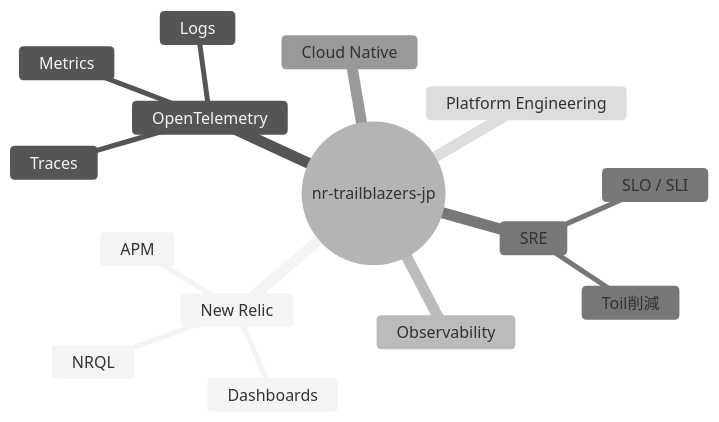
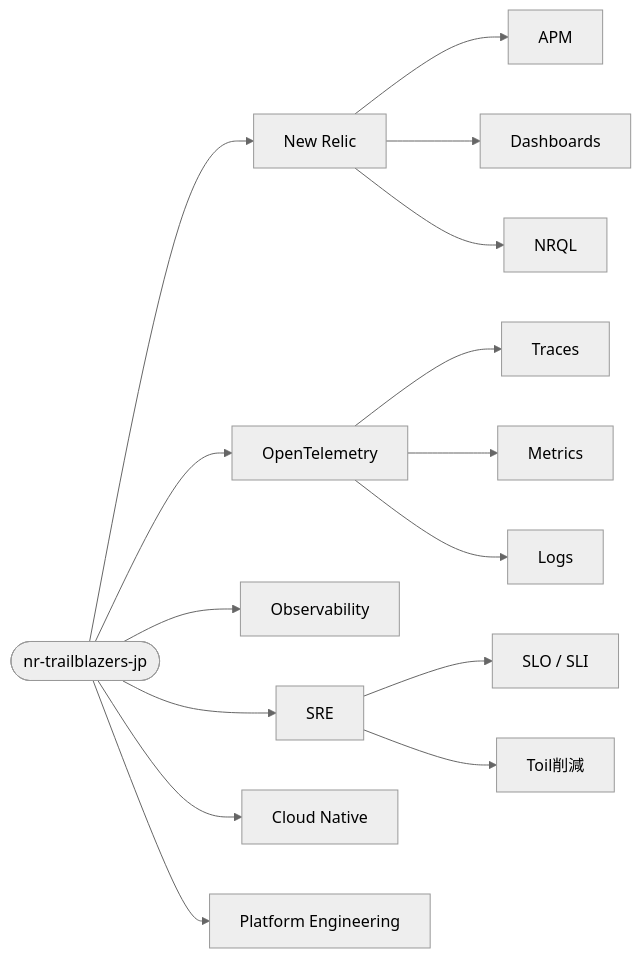
The first of 2 diagrams in .github/profile/README.md (nr-trailblazers-jp/.github), drawn with Mermaid (neutral theme) before and after one commit. The commit also changed other lines of this file, not shown here.

Commit message:
Fix Mermaid diagrams: replace mindmap with graph, quote labels

````diff
--- a/.github/profile/README.md
+++ b/.github/profile/README.md
@@ -35,18 +35,23 @@
 ```mermaid
-mindmap
-  root((nr-trailblazers-jp))
-    New Relic
-      APM
-      Dashboards
-      NRQL
-    OpenTelemetry
-      Traces
-      Metrics
-      Logs
-    Observability
-    SRE
-      SLO / SLI
-      Toil削減
-    Cloud Native
-    Platform Engineering
+graph LR
+    ROOT([nr-trailblazers-jp])
+
+    ROOT --> NR[New Relic]
+    NR --> NR1[APM]
+    NR --> NR2[Dashboards]
+    NR --> NR3[NRQL]
+
+    ROOT --> OTEL[OpenTelemetry]
+    OTEL --> O1[Traces]
+    OTEL --> O2[Metrics]
+    OTEL --> O3[Logs]
+
+    ROOT --> OBS[Observability]
+
+    ROOT --> SRE[SRE]
+    SRE --> S1[SLO / SLI]
+    SRE --> S2[Toil削減]
+
+    ROOT --> CN[Cloud Native]
+    ROOT --> PE[Platform Engineering]
 ```
````
